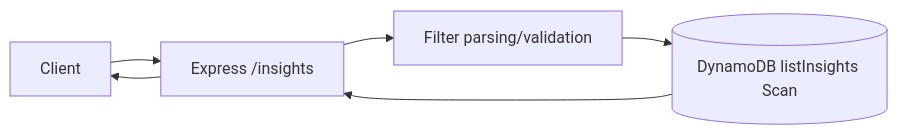
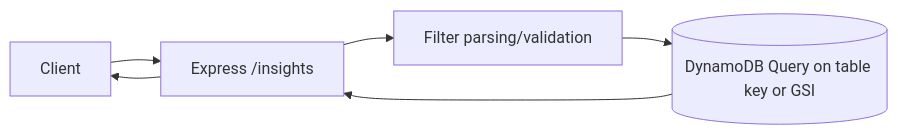
One commit to samriddhishree/aetio-backend changed the second of 7 diagrams in README.md. Above: the diagram before and after it, drawn with Mermaid. The commit also changed other lines of this file and 17 other files, not shown here.

````diff
--- a/README.md
+++ b/README.md
@@ -125,8 +124,8 @@
 ```mermaid
 flowchart LR
   C[Client] --> API[Express /insights]
   API --> F[Filter parsing/validation]
-  F --> DDB[(DynamoDB listInsights Scan)]
+  F --> DDB[(DynamoDB Query on table key or GSI)]
   DDB --> API
   API --> C
 ```
````
